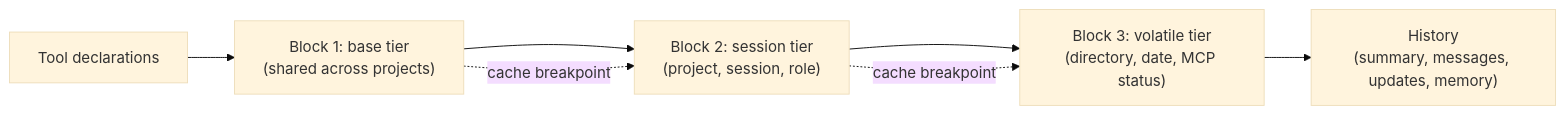
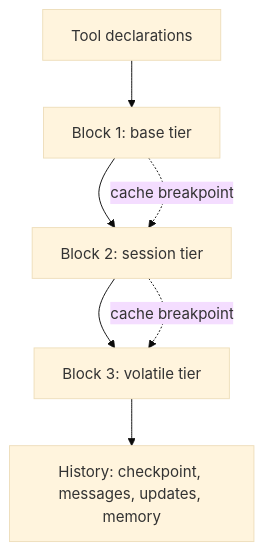
One commit to bgauryy/octocode-coding-agent changed the first of 2 diagrams in docs/CONTEXT.md. Above: the diagram before and after it, drawn with Mermaid (base theme). The commit also changed other lines of this file and 413 other files, not shown here.

````diff
--- a/docs/CONTEXT.md
+++ b/docs/CONTEXT.md
@@ -9,6 +9,6 @@
 ```mermaid
-flowchart LR
-    T["Tool declarations"] --> B1["Block 1: base tier<br/>(shared across projects)"] --> B2["Block 2: session tier<br/>(project, session, role)"] --> B3["Block 3: volatile tier<br/>(directory, date, MCP status)"] --> H["History<br/>(summary, messages, updates, memory)"]
+flowchart TD
+    T["Tool declarations"] --> B1["Block 1: base tier"] --> B2["Block 2: session tier"] --> B3["Block 3: volatile tier"] --> H["History: checkpoint, messages, updates, memory"]
     B1 -. "cache breakpoint" .-> B2
     B2 -. "cache breakpoint" .-> B3
 ```
````
